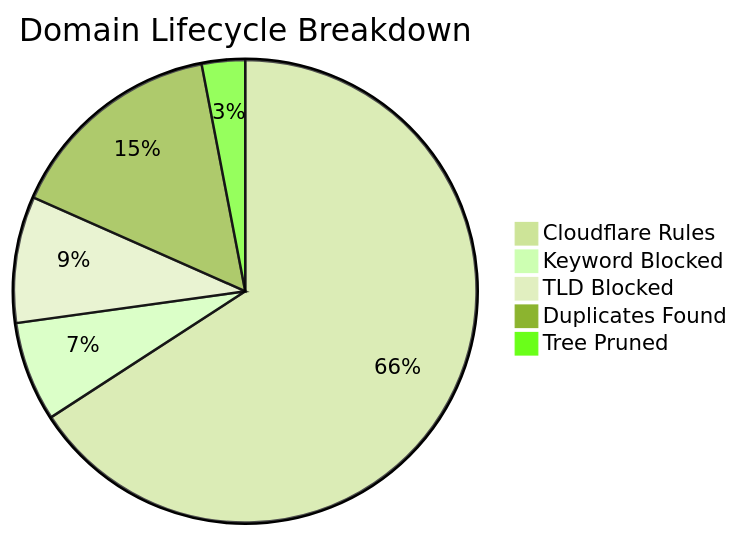
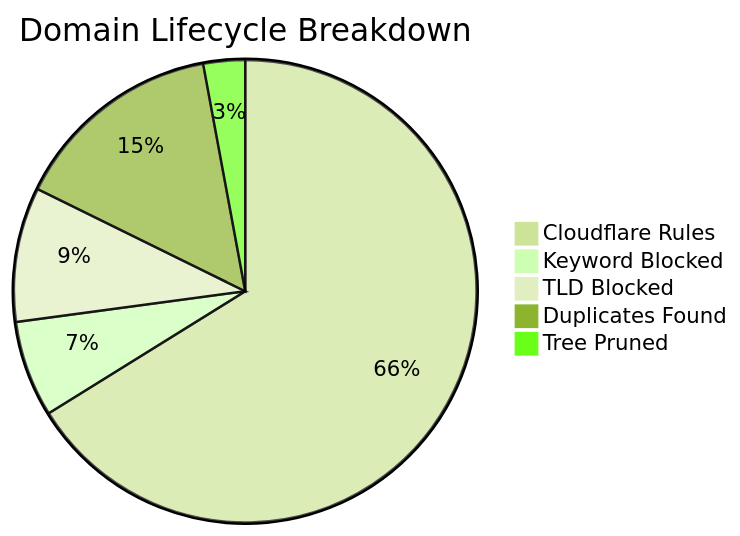
Before and after one commit to brojangles24/Cloudflare-ZeroTrust-AdBlock: the diagram in README_STATS.md, drawn with Mermaid (forest theme). The commit also changed other lines of this file and 1 other file, not shown here.

````diff
--- a/README_STATS.md
+++ b/README_STATS.md
@@ -5,8 +5,8 @@
 ```mermaid
 pie title Domain Lifecycle Breakdown
-    "Cloudflare Rules" : 266997
-    "Keyword Blocked" : 28237
-    "TLD Blocked" : 35832
-    "Duplicates Found" : 62222
-    "Tree Pruned" : 12260
+    "Cloudflare Rules" : 278199
+    "Keyword Blocked" : 28238
+    "TLD Blocked" : 39548
+    "Duplicates Found" : 62268
+    "Tree Pruned" : 12262
 ```
````
